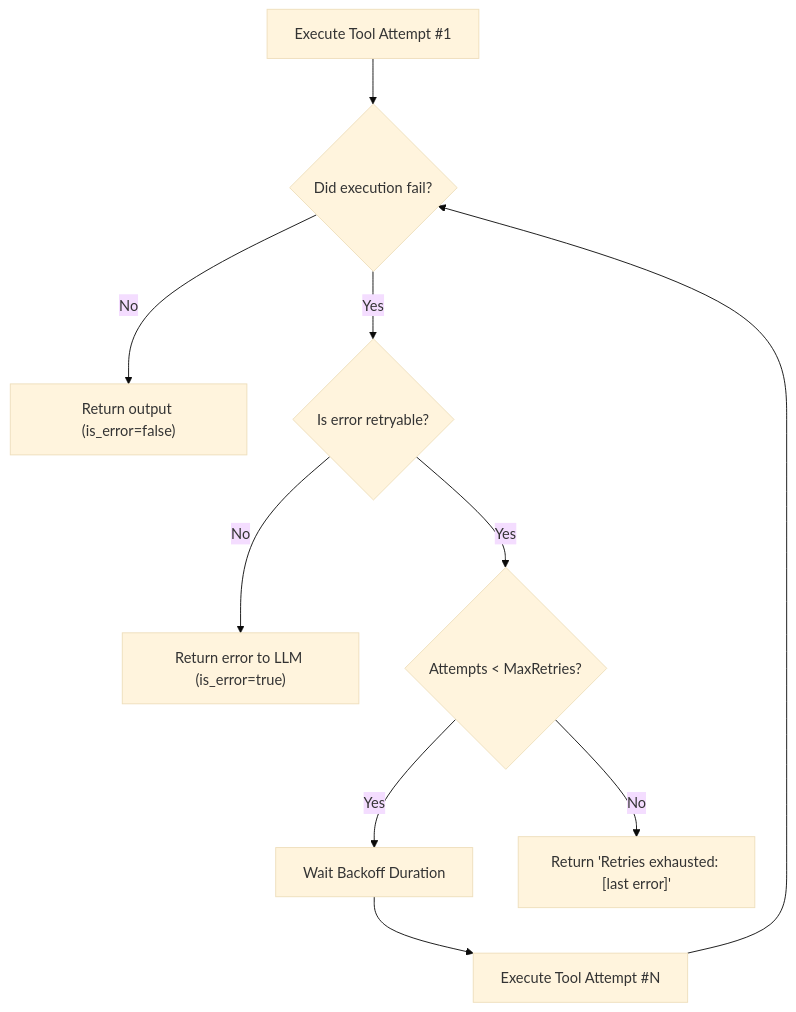
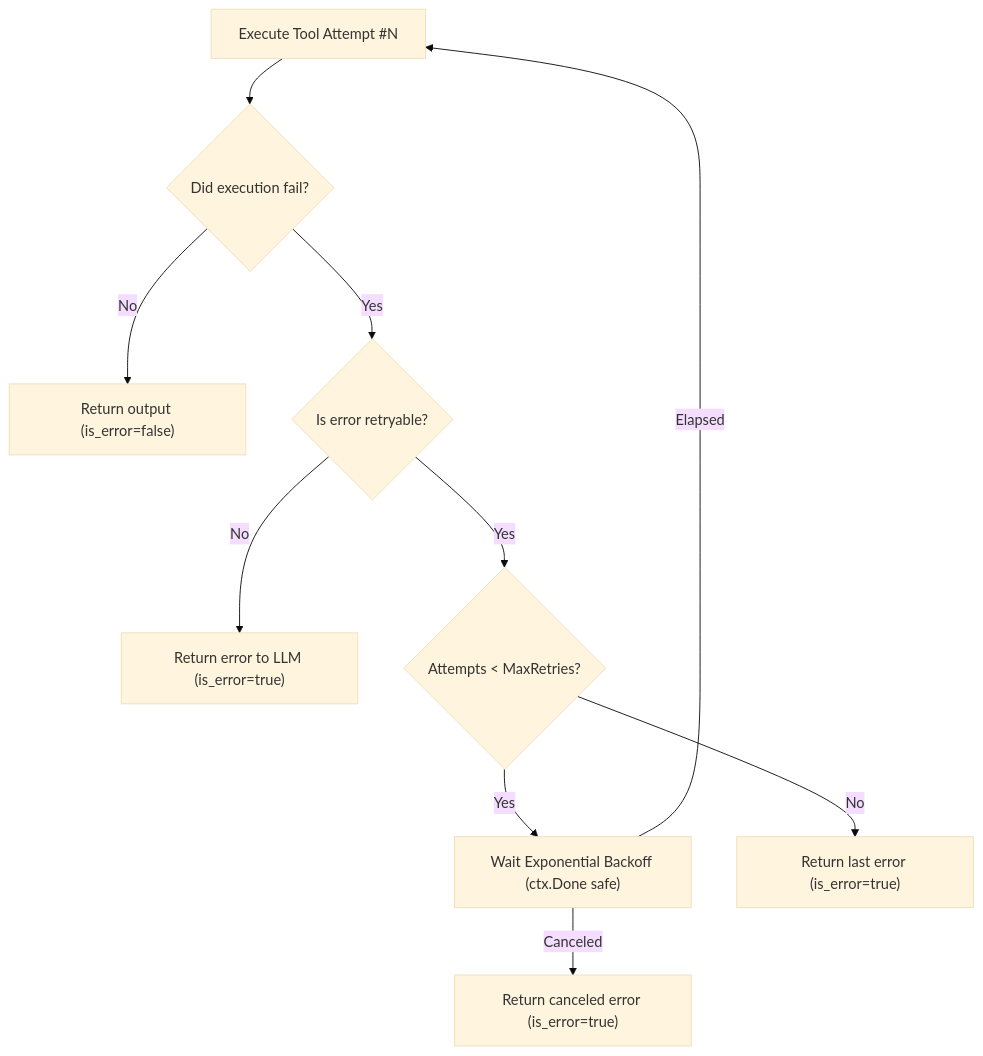
The diagram in docs/steps/15-tool-retry.md (AntonioHellin/phi-code-agent), drawn with Mermaid (base theme) before and after one commit. The commit also changed other lines of this file and 7 other files, not shown here.

Commit message:
step/15-tool-retry: feat: implement RetryDecorator and RegisterWithRetry for transient tool failures

````diff
--- a/docs/steps/15-tool-retry.md
+++ b/docs/steps/15-tool-retry.md
@@ -12,12 +12,12 @@
 ```mermaid
 flowchart TD
-    Invoke["Execute Tool Attempt #1"] --> Check{"Did execution fail?"}
+    Invoke["Execute Tool Attempt #N"] --> Check{"Did execution fail?"}
     Check -- "No" --> Success["Return output (is_error=false)"]
     Check -- "Yes" --> Transient{"Is error retryable?"}
     Transient -- "No" --> ReturnError["Return error to LLM (is_error=true)"]
     Transient -- "Yes" --> RetryCount{"Attempts < MaxRetries?"}
-    RetryCount -- "Yes" --> Backoff["Wait Backoff Duration"]
-    Backoff --> ReInvoke["Execute Tool Attempt #N"]
-    ReInvoke --> Check
-    RetryCount -- "No" --> Exhausted["Return 'Retries exhausted: [last error]'"]
+    RetryCount -- "Yes" --> Backoff["Wait Exponential Backoff (ctx.Done safe)"]
+    Backoff -- "Canceled" --> Canceled["Return canceled error (is_error=true)"]
+    Backoff -- "Elapsed" --> Invoke
+    RetryCount -- "No" --> Exhausted["Return last error (is_error=true)"]
 ```
````
